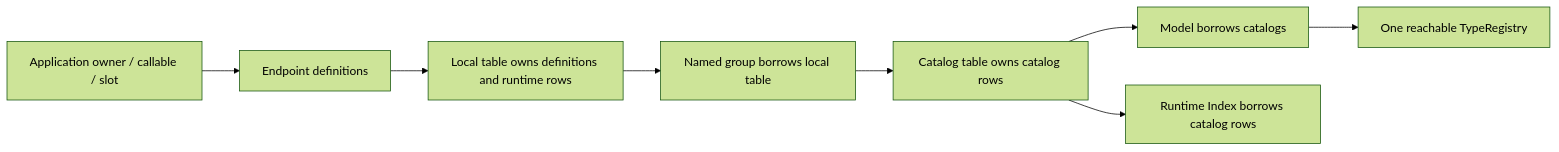
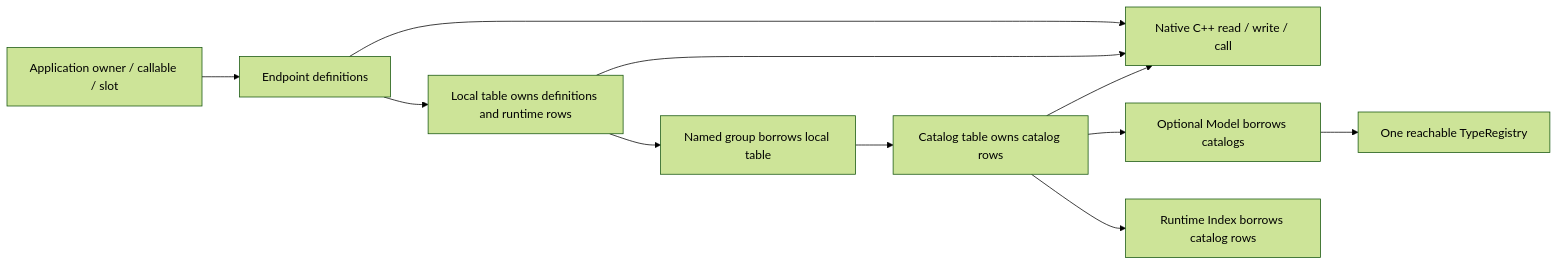
The diagram in doc/user/TablesAndCatalogs.md (shpegun60/telemetry), drawn with Mermaid (forest theme) before and after one commit. The commit also changed other lines of this file and 22 other files, not shown here.

````diff
--- a/doc/user/TablesAndCatalogs.md
+++ b/doc/user/TablesAndCatalogs.md
@@ -32,10 +36,13 @@
 ```mermaid
 flowchart LR
     O[Application owner / callable / slot] --> D[Endpoint definitions]
+    D --> N[Native C++ read / write / call]
     D --> T[Local table owns definitions and runtime rows]
+    T --> N
     T --> G[Named group borrows local table]
     G --> C[Catalog table owns catalog rows]
-    C --> M[Model borrows catalogs]
+    C --> N
+    C --> M[Optional Model borrows catalogs]
     C --> I[Runtime Index borrows catalog rows]
     M --> R[One reachable TypeRegistry]
 ```
````
